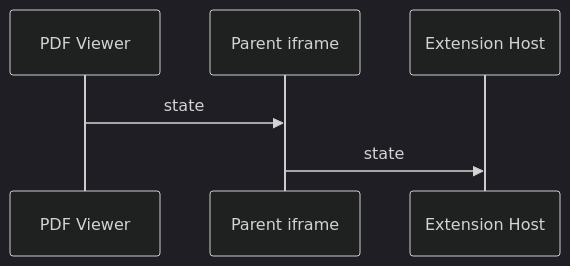
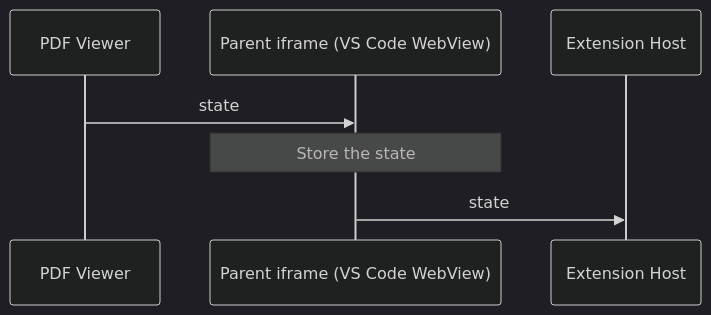
One commit to James-Yu/LaTeX-Workshop changed the sixth of 7 diagrams in viewer/README.md. Above: the diagram before and after it, drawn with Mermaid (dark theme). The commit also changed other lines of this file, not shown here.

Commit message:
Edit diagrams [skip ci]

````diff
--- a/viewer/README.md
+++ b/viewer/README.md
@@ -148,8 +148,9 @@
 ```mermaid
 sequenceDiagram
   participant Viewer as PDF Viewer
-  participant Iframe as Parent iframe
+  participant Iframe as Parent iframe (VS Code WebView)
   participant ExtensionHost as Extension Host
   Viewer->>Iframe: state
+  Note over Iframe: Store the state
   Iframe->>ExtensionHost: state
 ```
````
